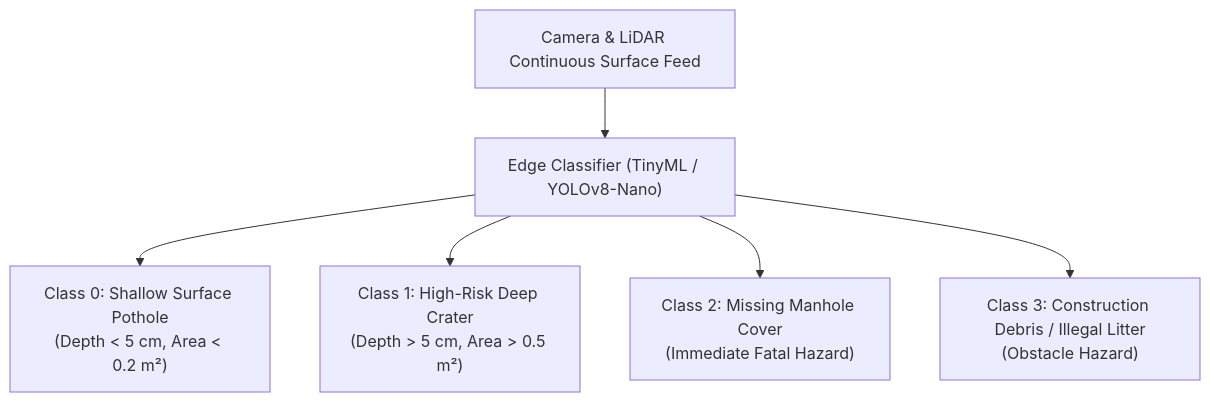
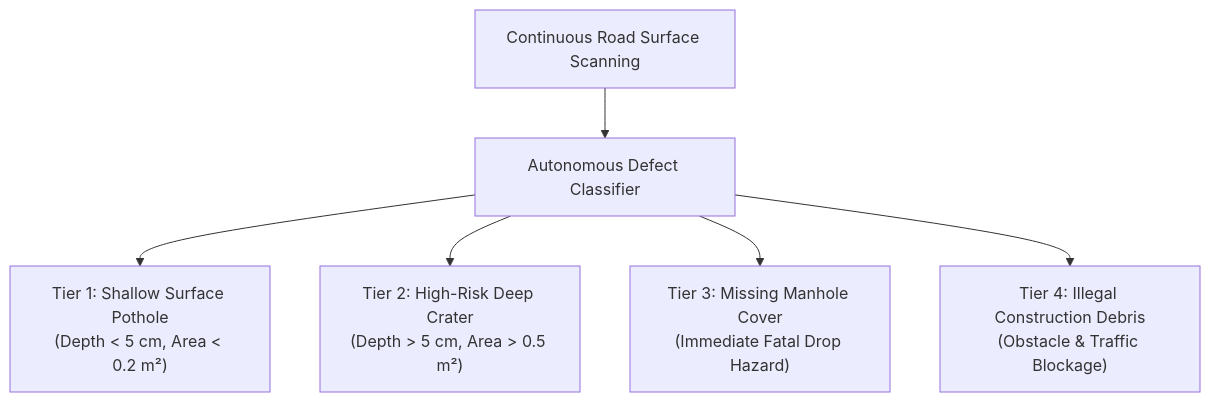
Before and after one commit to pranav520214/Eco-Guardian-Sentinel: the first of 2 diagrams in docs/CIVIC_DISPATCH_ENGINE.md, drawn with Mermaid. The commit also changed other lines of this file and 12 other files, not shown here.

Commit message:
refactor: eliminate all code files; enrich repo with sacred Vedic Sanskrit shlokas and beautiful architectural prose

````diff
--- a/docs/CIVIC_DISPATCH_ENGINE.md
+++ b/docs/CIVIC_DISPATCH_ENGINE.md
@@ -31,9 +34,9 @@
 ```mermaid
 graph TD
-    CAM["Camera & LiDAR Continuous Surface Feed"] --> DETECT["Edge Classifier (TinyML / YOLOv8-Nano)"]
+    SURF["Continuous Road Surface Scanning"] --> CLASS["Autonomous Defect Classifier"]
     
-    DETECT --> D1["Class 0: Shallow Surface Pothole<br/>(Depth < 5 cm, Area < 0.2 m²)"]
-    DETECT --> D2["Class 1: High-Risk Deep Crater<br/>(Depth > 5 cm, Area > 0.5 m²)"]
-    DETECT --> D3["Class 2: Missing Manhole Cover<br/>(Immediate Fatal Hazard)"]
-    DETECT --> D4["Class 3: Construction Debris / Illegal Litter<br/>(Obstacle Hazard)"]
+    CLASS --> D1["Tier 1: Shallow Surface Pothole<br/>(Depth < 5 cm, Area < 0.2 m²)"]
+    CLASS --> D2["Tier 2: High-Risk Deep Crater<br/>(Depth > 5 cm, Area > 0.5 m²)"]
+    CLASS --> D3["Tier 3: Missing Manhole Cover<br/>(Immediate Fatal Drop Hazard)"]
+    CLASS --> D4["Tier 4: Illegal Construction Debris<br/>(Obstacle & Traffic Blockage)"]
 ```
````
